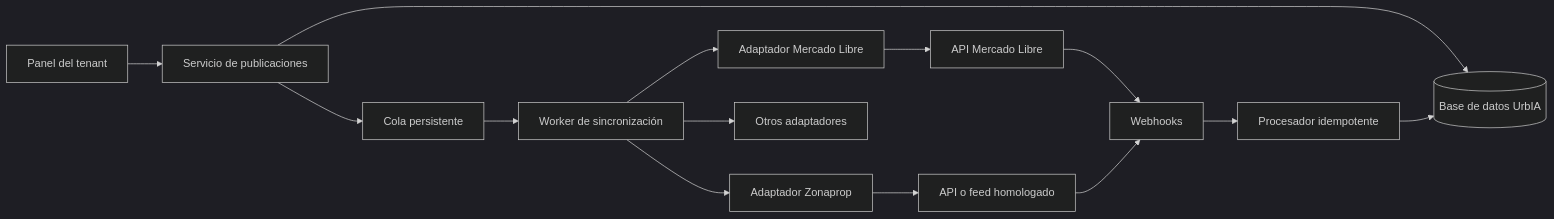
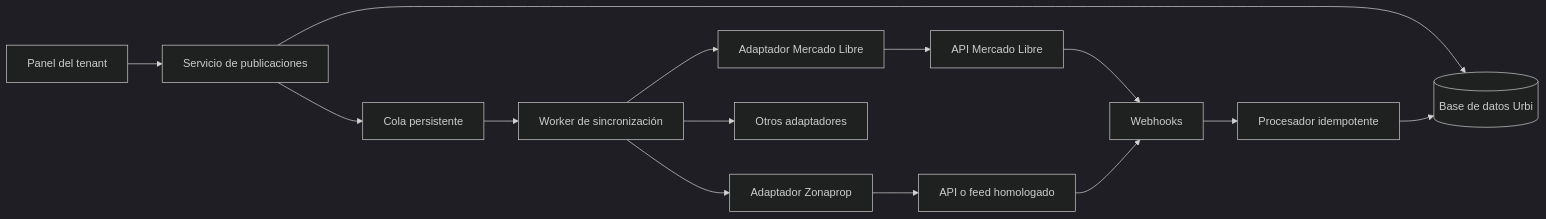
One commit to facun3625/inmo_saas changed the diagram in docs/plan-integracion-portales-inmobiliarios.md. Above: the diagram before and after it, drawn with Mermaid (dark theme). The commit also changed other lines of this file and 239 other files, not shown here.

````diff
--- a/docs/plan-integracion-portales-inmobiliarios.md
+++ b/docs/plan-integracion-portales-inmobiliarios.md
@@ -293,16 +293,16 @@
 ```mermaid
 flowchart LR
     UI[Panel del tenant] --> Core[Servicio de publicaciones]
-    Core --> DB[(Base de datos UrbIA)]
+    Core --> DB[(Base de datos Urbi)]
     Core --> Q[Cola persistente]
     Q --> W[Worker de sincronización]
     W --> A1[Adaptador Mercado Libre]
     W --> A2[Adaptador Zonaprop]
     W --> A3[Otros adaptadores]
     A1 --> P1[API Mercado Libre]
     A2 --> P2[API o feed homologado]
     P1 --> WH[Webhooks]
     P2 --> WH
     WH --> IN[Procesador idempotente]
     IN --> DB
 ```
````
